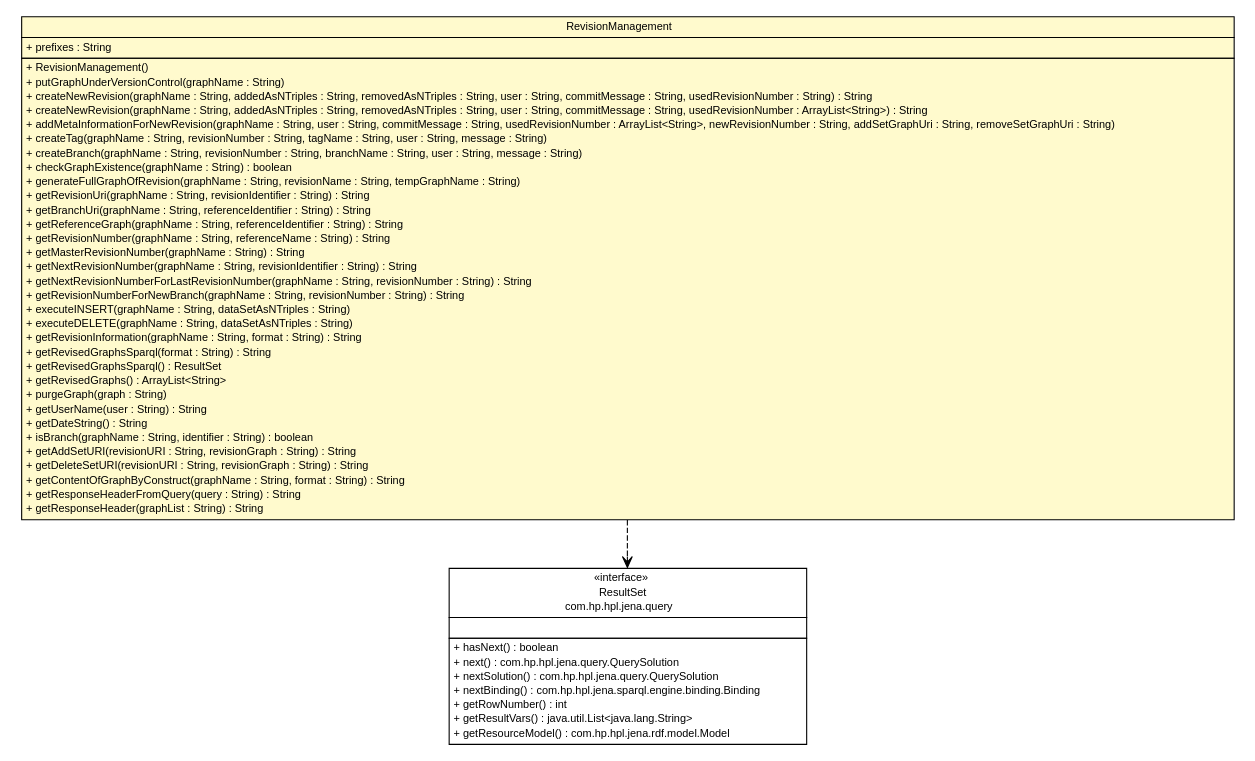
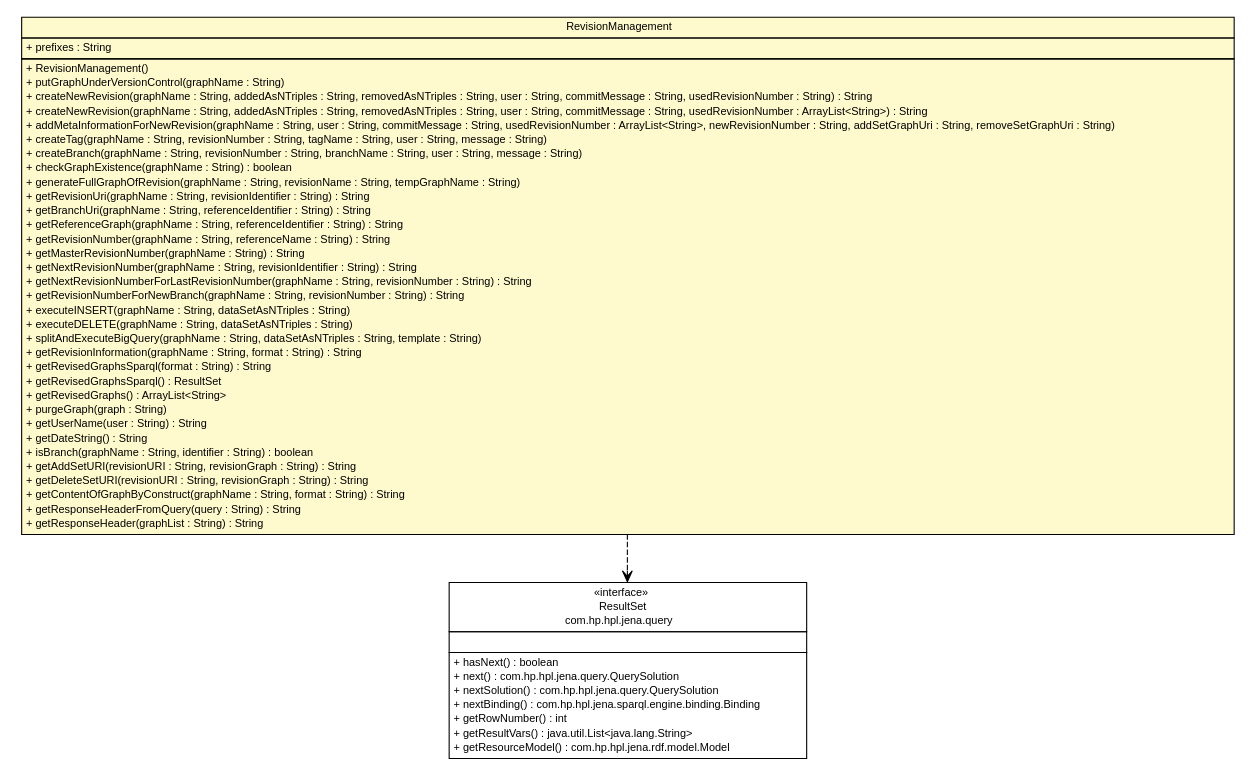
Before and after one commit to adrianorzyszek/r43ples: the diagram in site/apidocs/de/tud/plt/r43ples/management/RevisionManagement.dot, drawn with Graphviz. The commit also changed 159 other files, not shown here.

```diff
--- a/site/apidocs/de/tud/plt/r43ples/management/RevisionManagement.dot
+++ b/site/apidocs/de/tud/plt/r43ples/management/RevisionManagement.dot
@@ -1,77 +1,78 @@
 #!/usr/local/bin/dot
 #
 # Class diagram 
 # Generated by UMLGraph version R5_6-24-gf6e263 (http://www.umlgraph.org/)
 #
 
 digraph G {
 	edge [fontname="Helvetica",fontsize=10,labelfontname="Helvetica",labelfontsize=10];
 	node [fontname="Helvetica",fontsize=10,shape=plaintext];
 	nodesep=0.25;
 	ranksep=0.5;
 	// de.tud.plt.r43ples.management.RevisionManagement
 	c1405 [label=<<table title="de.tud.plt.r43ples.management.RevisionManagement" border="0" cellborder="1" cellspacing="0" cellpadding="2" port="p" bgcolor="lemonChiffon" href="./RevisionManagement.html">
 		<tr><td><table border="0" cellspacing="0" cellpadding="1">
 <tr><td align="center" balign="center"> RevisionManagement </td></tr>
 		</table></td></tr>
 		<tr><td><table border="0" cellspacing="0" cellpadding="1">
 <tr><td align="left" balign="left"> + prefixes : String </td></tr>
 		</table></td></tr>
 		<tr><td><table border="0" cellspacing="0" cellpadding="1">
 <tr><td align="left" balign="left"> + RevisionManagement() </td></tr>
 <tr><td align="left" balign="left"> + putGraphUnderVersionControl(graphName : String) </td></tr>
 <tr><td align="left" balign="left"> + createNewRevision(graphName : String, addedAsNTriples : String, removedAsNTriples : String, user : String, commitMessage : String, usedRevisionNumber : String) : String </td></tr>
 <tr><td align="left" balign="left"> + createNewRevision(graphName : String, addedAsNTriples : String, removedAsNTriples : String, user : String, commitMessage : String, usedRevisionNumber : ArrayList&lt;String&gt;) : String </td></tr>
 <tr><td align="left" balign="left"> + addMetaInformationForNewRevision(graphName : String, user : String, commitMessage : String, usedRevisionNumber : ArrayList&lt;String&gt;, newRevisionNumber : String, addSetGraphUri : String, removeSetGraphUri : String) </td></tr>
 <tr><td align="left" balign="left"> + createTag(graphName : String, revisionNumber : String, tagName : String, user : String, message : String) </td></tr>
 <tr><td align="left" balign="left"> + createBranch(graphName : String, revisionNumber : String, branchName : String, user : String, message : String) </td></tr>
 <tr><td align="left" balign="left"> + checkGraphExistence(graphName : String) : boolean </td></tr>
 <tr><td align="left" balign="left"> + generateFullGraphOfRevision(graphName : String, revisionName : String, tempGraphName : String) </td></tr>
 <tr><td align="left" balign="left"> + getRevisionUri(graphName : String, revisionIdentifier : String) : String </td></tr>
 <tr><td align="left" balign="left"> + getBranchUri(graphName : String, referenceIdentifier : String) : String </td></tr>
 <tr><td align="left" balign="left"> + getReferenceGraph(graphName : String, referenceIdentifier : String) : String </td></tr>
 <tr><td align="left" balign="left"> + getRevisionNumber(graphName : String, referenceName : String) : String </td></tr>
 <tr><td align="left" balign="left"> + getMasterRevisionNumber(graphName : String) : String </td></tr>
 <tr><td align="left" balign="left"> + getNextRevisionNumber(graphName : String, revisionIdentifier : String) : String </td></tr>
 <tr><td align="left" balign="left"> + getNextRevisionNumberForLastRevisionNumber(graphName : String, revisionNumber : String) : String </td></tr>
 <tr><td align="left" balign="left"> + getRevisionNumberForNewBranch(graphName : String, revisionNumber : String) : String </td></tr>
 <tr><td align="left" balign="left"> + executeINSERT(graphName : String, dataSetAsNTriples : String) </td></tr>
 <tr><td align="left" balign="left"> + executeDELETE(graphName : String, dataSetAsNTriples : String) </td></tr>
+<tr><td align="left" balign="left"> + splitAndExecuteBigQuery(graphName : String, dataSetAsNTriples : String, template : String) </td></tr>
 <tr><td align="left" balign="left"> + getRevisionInformation(graphName : String, format : String) : String </td></tr>
 <tr><td align="left" balign="left"> + getRevisedGraphsSparql(format : String) : String </td></tr>
 <tr><td align="left" balign="left"> + getRevisedGraphsSparql() : ResultSet </td></tr>
 <tr><td align="left" balign="left"> + getRevisedGraphs() : ArrayList&lt;String&gt; </td></tr>
 <tr><td align="left" balign="left"> + purgeGraph(graph : String) </td></tr>
 <tr><td align="left" balign="left"> + getUserName(user : String) : String </td></tr>
 <tr><td align="left" balign="left"> + getDateString() : String </td></tr>
 <tr><td align="left" balign="left"> + isBranch(graphName : String, identifier : String) : boolean </td></tr>
 <tr><td align="left" balign="left"> + getAddSetURI(revisionURI : String, revisionGraph : String) : String </td></tr>
 <tr><td align="left" balign="left"> + getDeleteSetURI(revisionURI : String, revisionGraph : String) : String </td></tr>
 <tr><td align="left" balign="left"> + getContentOfGraphByConstruct(graphName : String, format : String) : String </td></tr>
 <tr><td align="left" balign="left"> + getResponseHeaderFromQuery(query : String) : String </td></tr>
 <tr><td align="left" balign="left"> + getResponseHeader(graphList : String) : String </td></tr>
 		</table></td></tr>
 		</table>>, URL="./RevisionManagement.html", fontname="Helvetica", fontcolor="black", fontsize=10.0];
 	// de.tud.plt.r43ples.management.RevisionManagement DEPEND com.hp.hpl.jena.query.ResultSet
 	c1405:p -> c1418:p [taillabel="", label="", headlabel="", fontname="Helvetica", fontcolor="black", fontsize=10.0, color="black", arrowhead=open, style=dashed];
 	// com.hp.hpl.jena.query.ResultSet
 	c1418 [label=<<table title="com.hp.hpl.jena.query.ResultSet" border="0" cellborder="1" cellspacing="0" cellpadding="2" port="p" href="http://java.sun.com/j2se/1.4.2/docs/api/com/hp/hpl/jena/query/ResultSet.html">
 		<tr><td><table border="0" cellspacing="0" cellpadding="1">
 <tr><td align="center" balign="center"> &#171;interface&#187; </td></tr>
 <tr><td align="center" balign="center"> ResultSet </td></tr>
 <tr><td align="center" balign="center"> com.hp.hpl.jena.query </td></tr>
 		</table></td></tr>
 		<tr><td><table border="0" cellspacing="0" cellpadding="1">
 <tr><td align="left" balign="left">  </td></tr>
 		</table></td></tr>
 		<tr><td><table border="0" cellspacing="0" cellpadding="1">
 <tr><td align="left" balign="left"> + hasNext() : boolean </td></tr>
 <tr><td align="left" balign="left"> + next() : com.hp.hpl.jena.query.QuerySolution </td></tr>
 <tr><td align="left" balign="left"> + nextSolution() : com.hp.hpl.jena.query.QuerySolution </td></tr>
 <tr><td align="left" balign="left"> + nextBinding() : com.hp.hpl.jena.sparql.engine.binding.Binding </td></tr>
 <tr><td align="left" balign="left"> + getRowNumber() : int </td></tr>
 <tr><td align="left" balign="left"> + getResultVars() : java.util.List&lt;java.lang.String&gt; </td></tr>
 <tr><td align="left" balign="left"> + getResourceModel() : com.hp.hpl.jena.rdf.model.Model </td></tr>
 		</table></td></tr>
 		</table>>, URL="http://java.sun.com/j2se/1.4.2/docs/api/com/hp/hpl/jena/query/ResultSet.html", fontname="Helvetica", fontcolor="black", fontsize=10.0];
 }
```
